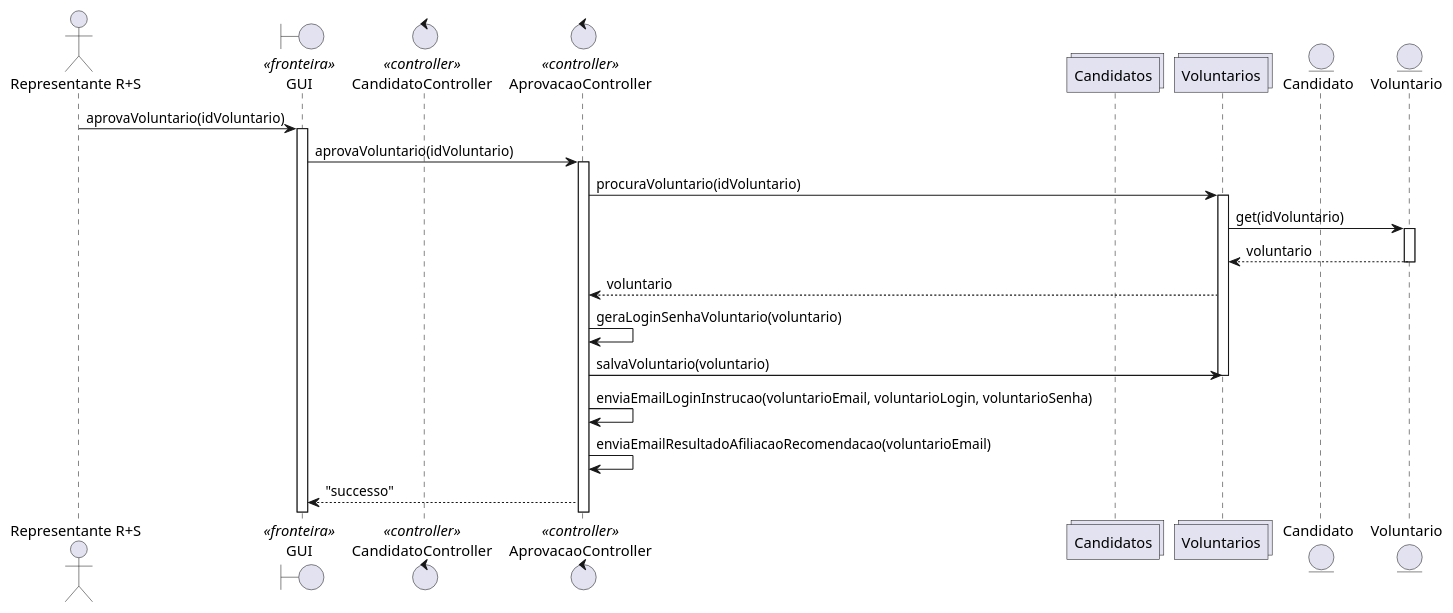
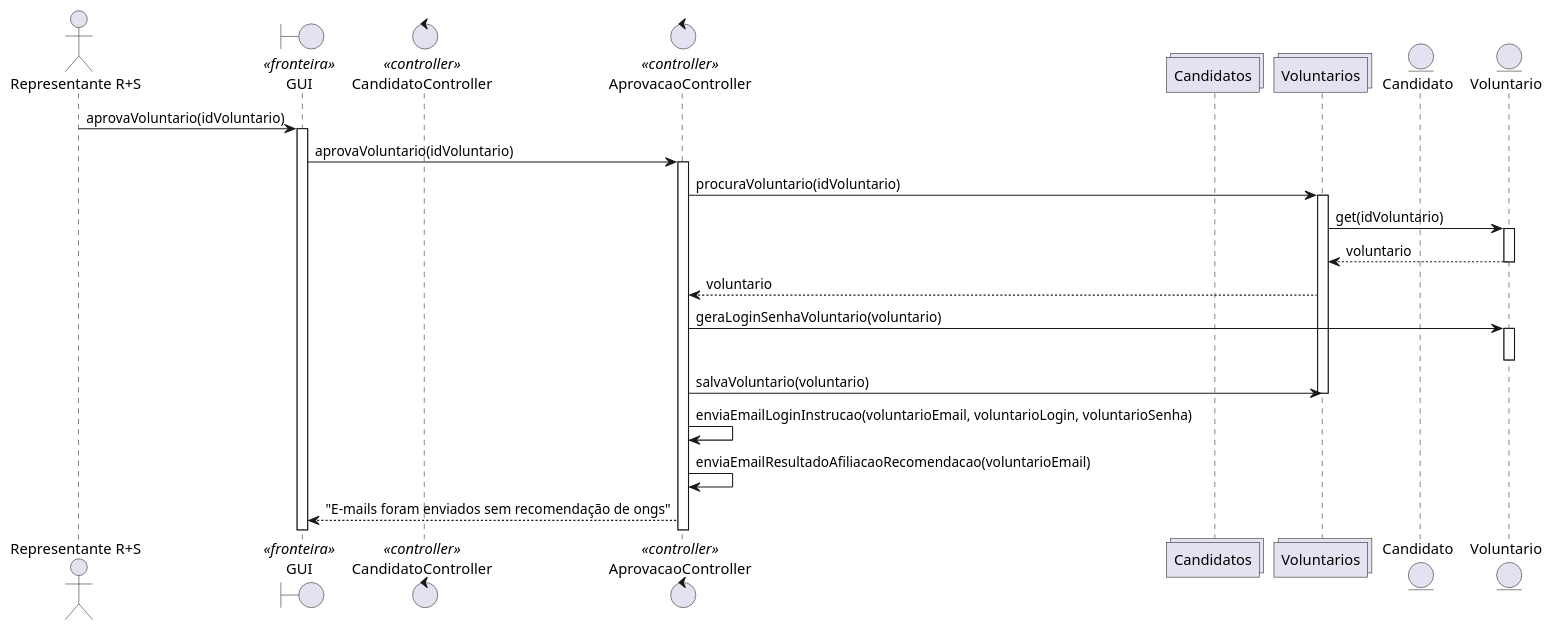
The diagram in diagrama-sequencia/uc003/semOngParaRecomendar.puml (guisgiacomini/redeMaisSocialProjetoSoftware), drawn with PlantUML before and after one commit. The commit also changed 1 other file, not shown here.

```diff
--- a/diagrama-sequencia/uc003/semOngParaRecomendar.puml
+++ b/diagrama-sequencia/uc003/semOngParaRecomendar.puml
@@ -1,35 +1,41 @@
 @startuml
 
 actor "Representante R+S" as representante
 boundary "GUI" as gui <<fronteira>>
 control "CandidatoController" as candidatoController <<controller>>
 control "AprovacaoController" as aprovacaoController<<controller>>
 collections "Candidatos" as candidatos
 collections "Voluntarios" as voluntarios
 entity "Candidato" as candidato
 entity "Voluntario" as voluntario
 
 representante -> gui: aprovaVoluntario(idVoluntario)
 activate gui
     gui -> aprovacaoController: aprovaVoluntario(idVoluntario)
     activate aprovacaoController
         
         aprovacaoController -> voluntarios: procuraVoluntario(idVoluntario)
         activate voluntarios
             voluntarios -> voluntario: get(idVoluntario)
             activate voluntario
                 voluntario --> voluntarios: voluntario
             deactivate voluntario
             voluntarios --> aprovacaoController: voluntario
         
-        aprovacaoController -> aprovacaoController: geraLoginSenhaVoluntario(voluntario)
+        
+        aprovacaoController -> voluntario: geraLoginSenhaVoluntario(voluntario)
+        activate voluntario
+        deactivate voluntario
+        
+        
+        
         aprovacaoController -> voluntarios: salvaVoluntario(voluntario)
         
         deactivate voluntarios
 
         aprovacaoController -> aprovacaoController: enviaEmailLoginInstrucao(voluntarioEmail, voluntarioLogin, voluntarioSenha)
         aprovacaoController -> aprovacaoController: enviaEmailResultadoAfiliacaoRecomendacao(voluntarioEmail)
 
-        aprovacaoController --> gui: "successo"
+        aprovacaoController --> gui: "E-mails foram enviados sem recomendação de ongs"
 
 @enduml
```
